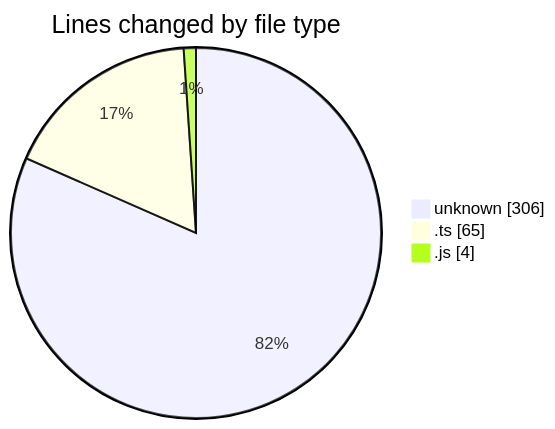
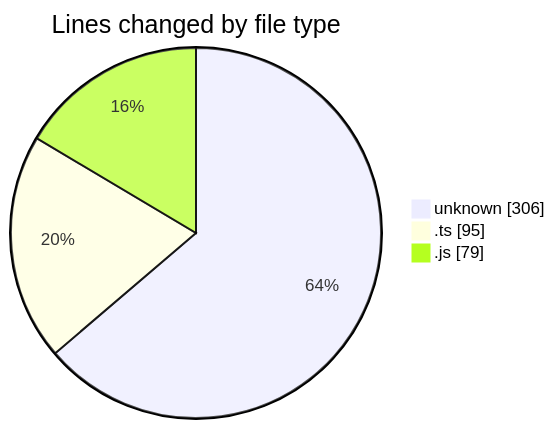
One commit to Elitesun/code-tracking changed the first of 2 diagrams in 2025-05-17/niten/README.md. Above: the diagram before and after it, drawn with Mermaid. The commit also changed other lines of this file and 1 other file, not shown here.

````diff
--- a/2025-05-17/niten/README.md
+++ b/2025-05-17/niten/README.md
@@ -23,7 +23,7 @@
 ```mermaid
 pie showData
 title Lines changed by file type
 "unknown" : 306
-".ts" : 65
-".js" : 4
+".ts" : 95
+".js" : 79
 ```
````
